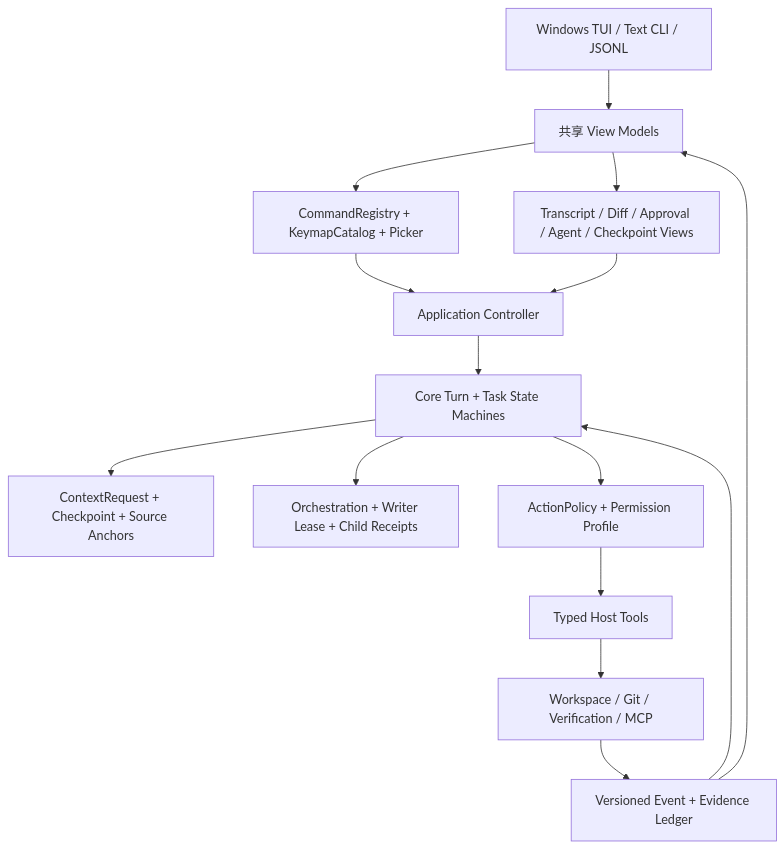
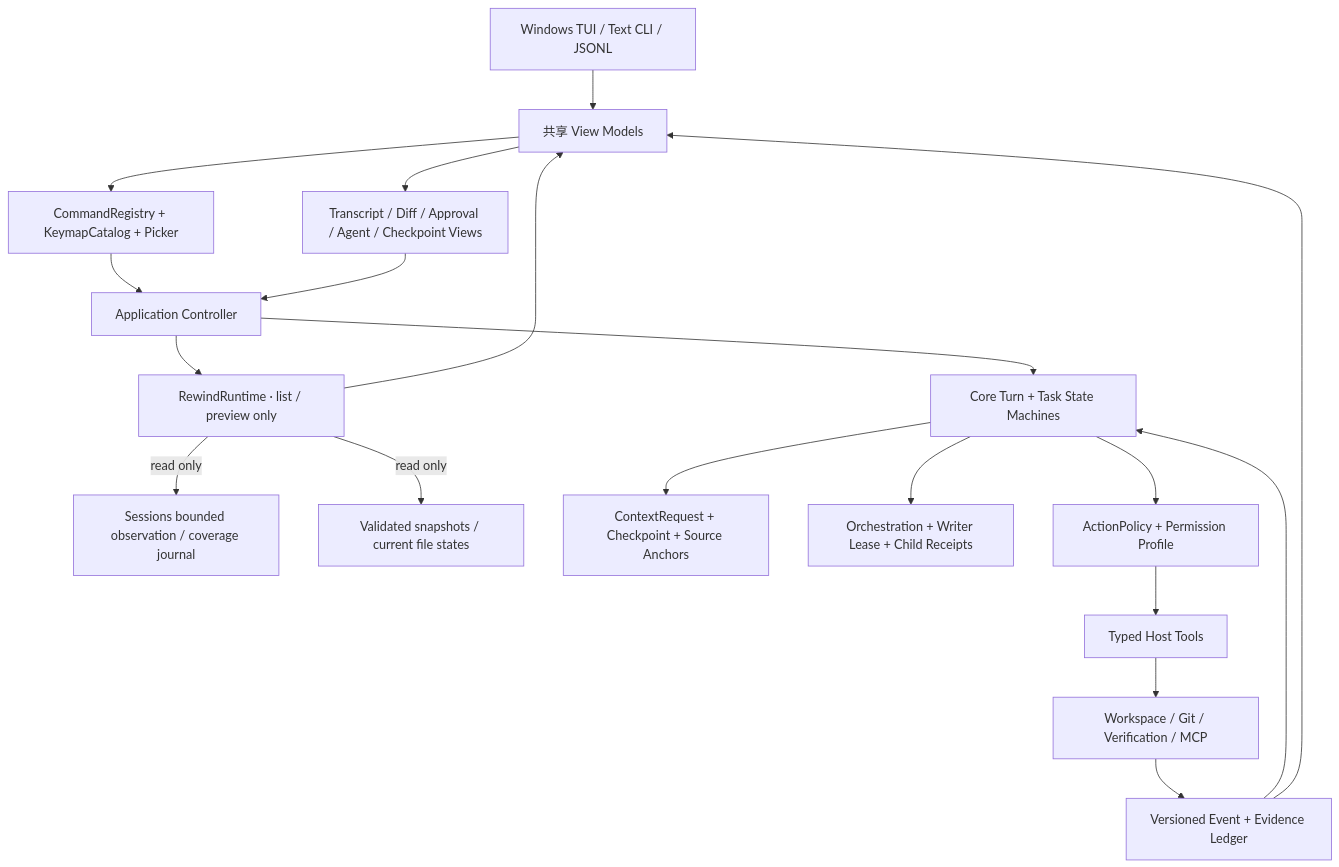
One commit to Moonrainbowh/chaos-agent changed the fourth of 4 diagrams in docs/research/cli-tui-design-comparison.md. Above: the diagram before and after it, drawn with Mermaid. The commit also changed other lines of this file and 3 other files, not shown here.

```diff
--- a/docs/research/cli-tui-design-comparison.md
+++ b/docs/research/cli-tui-design-comparison.md
@@ -837,17 +851,21 @@
 ~~~mermaid
 flowchart TB
     UI["Windows TUI / Text CLI / JSONL"] --> VM["共享 View Models"]
     VM --> CMD["CommandRegistry + KeymapCatalog + Picker"]
     VM --> VIEW["Transcript / Diff / Approval / Agent / Checkpoint Views"]
     CMD --> APP["Application Controller"]
     VIEW --> APP
     APP --> CORE["Core Turn + Task State Machines"]
+    APP --> RW["RewindRuntime · list / preview only"]
+    RW -->|"read only"| RSESS["Sessions bounded observation / coverage journal"]
+    RW -->|"read only"| RSNAP["Validated snapshots / current file states"]
+    RW --> VM
     CORE --> CTX["ContextRequest + Checkpoint + Source Anchors"]
     CORE --> ORCH["Orchestration + Writer Lease + Child Receipts"]
     CORE --> POLICY["ActionPolicy + Permission Profile"]
     POLICY --> TOOLS["Typed Host Tools"]
     TOOLS --> FILES["Workspace / Git / Verification / MCP"]
     FILES --> EVENTS["Versioned Event + Evidence Ledger"]
     EVENTS --> CORE
     EVENTS --> VM
 ~~~
```
